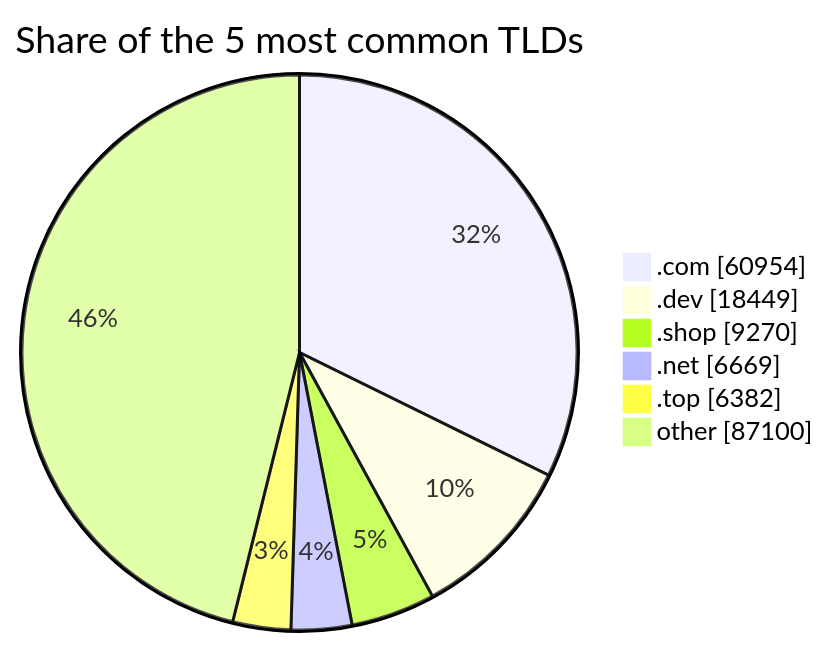
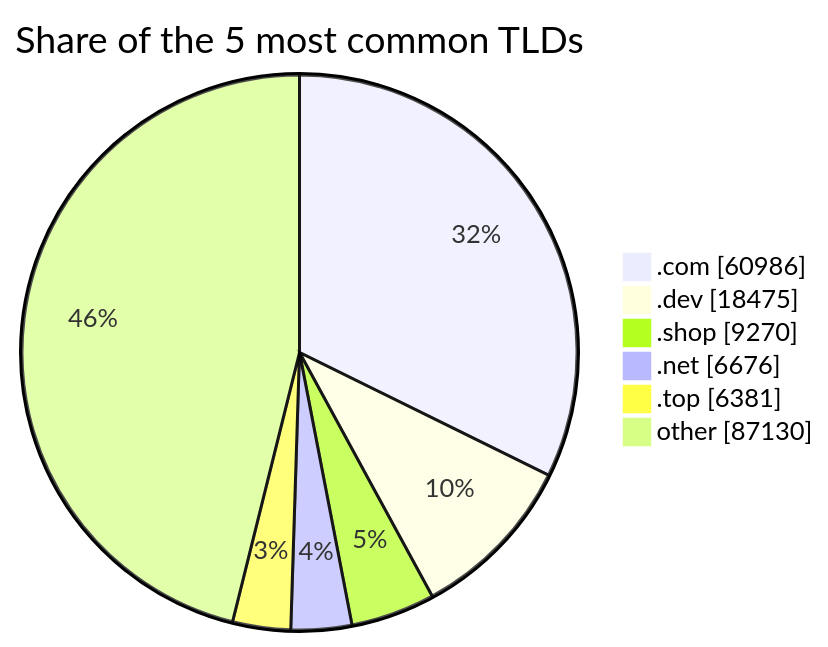
Before and after one commit to DNSBunker/CTI: the third of 3 diagrams in README.md, drawn with Mermaid. The commit also changed other lines of this file and 3 other files, not shown here.

````diff
--- a/README.md
+++ b/README.md
@@ -81,9 +81,9 @@
 ```mermaid
 pie showData title Share of the 5 most common TLDs
-    ".com" : 60954
-    ".dev" : 18449
+    ".com" : 60986
+    ".dev" : 18475
     ".shop" : 9270
-    ".net" : 6669
-    ".top" : 6382
-    "other" : 87100
+    ".net" : 6676
+    ".top" : 6381
+    "other" : 87130
 ```
````
